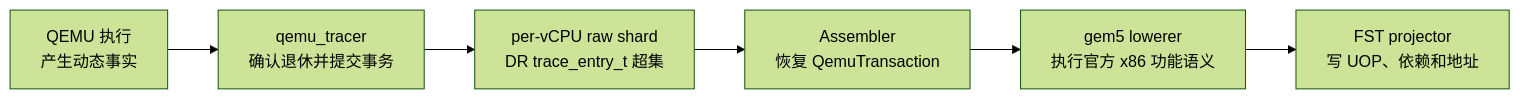
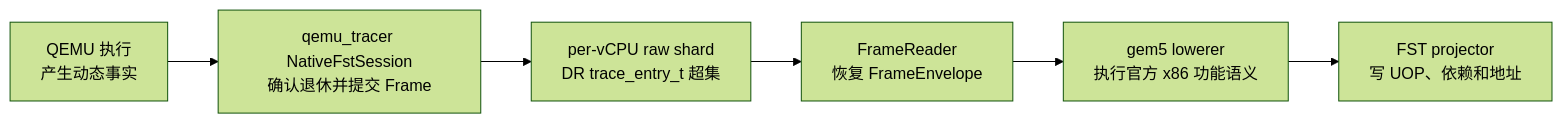
One commit to Masterwater-y/PowerSim changed the first of 2 diagrams in docs/qemu_fst/conversion-development-guide.md. Above: the diagram before and after it, drawn with Mermaid (forest theme). The commit also changed other lines of this file and 13 other files, not shown here.

First line of the commit message:
qemu-fst: consolidate frame lowering and producer patches

````diff
--- a/docs/qemu_fst/conversion-development-guide.md
+++ b/docs/qemu_fst/conversion-development-guide.md
@@ -11,11 +11,11 @@
 ```mermaid
 flowchart LR
     Q["QEMU 执行<br/>产生动态事实"]
-    P["qemu_tracer<br/>确认退休并提交事务"]
+    P["qemu_tracer NativeFstSession<br/>确认退休并提交 Frame"]
     R["per-vCPU raw shard<br/>DR trace_entry_t 超集"]
-    A["Assembler<br/>恢复 QemuTransaction"]
+    A["FrameReader<br/>恢复 FrameEnvelope"]
     G["gem5 lowerer<br/>执行官方 x86 功能语义"]
     F["FST projector<br/>写 UOP、依赖和地址"]
 
     Q --> P --> R --> A --> G --> F
 ```
````
